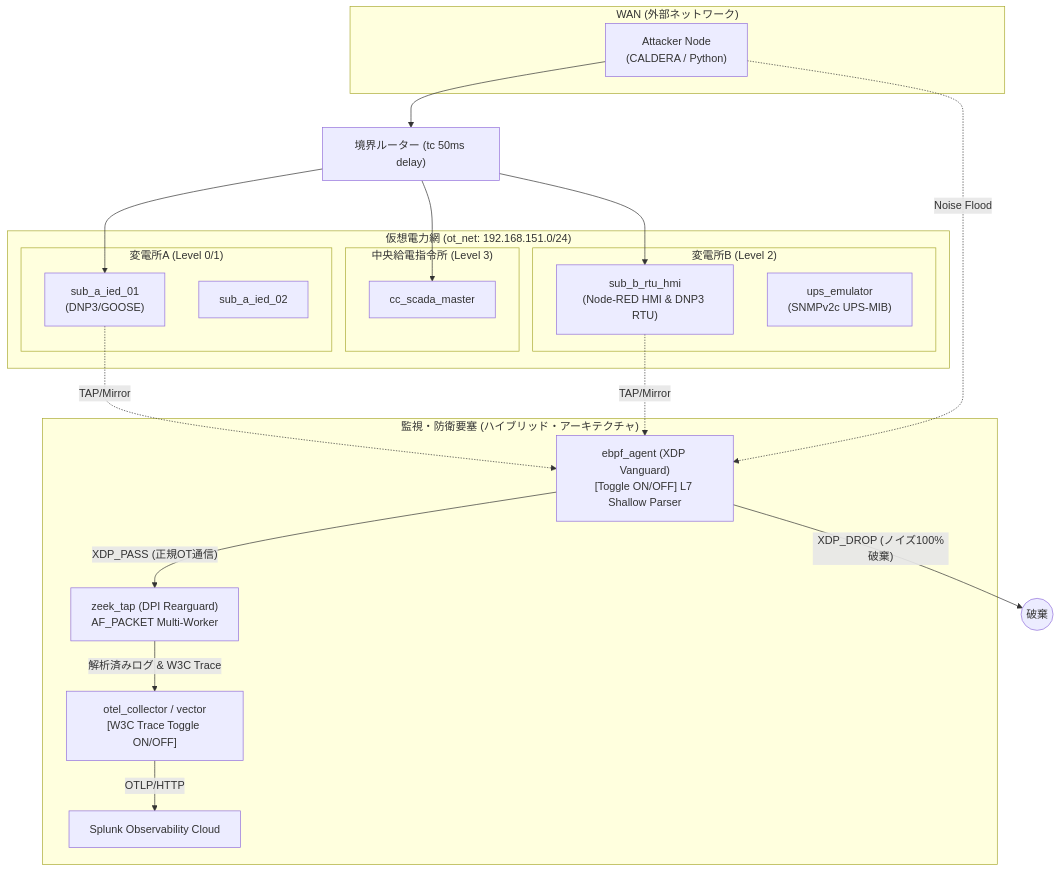
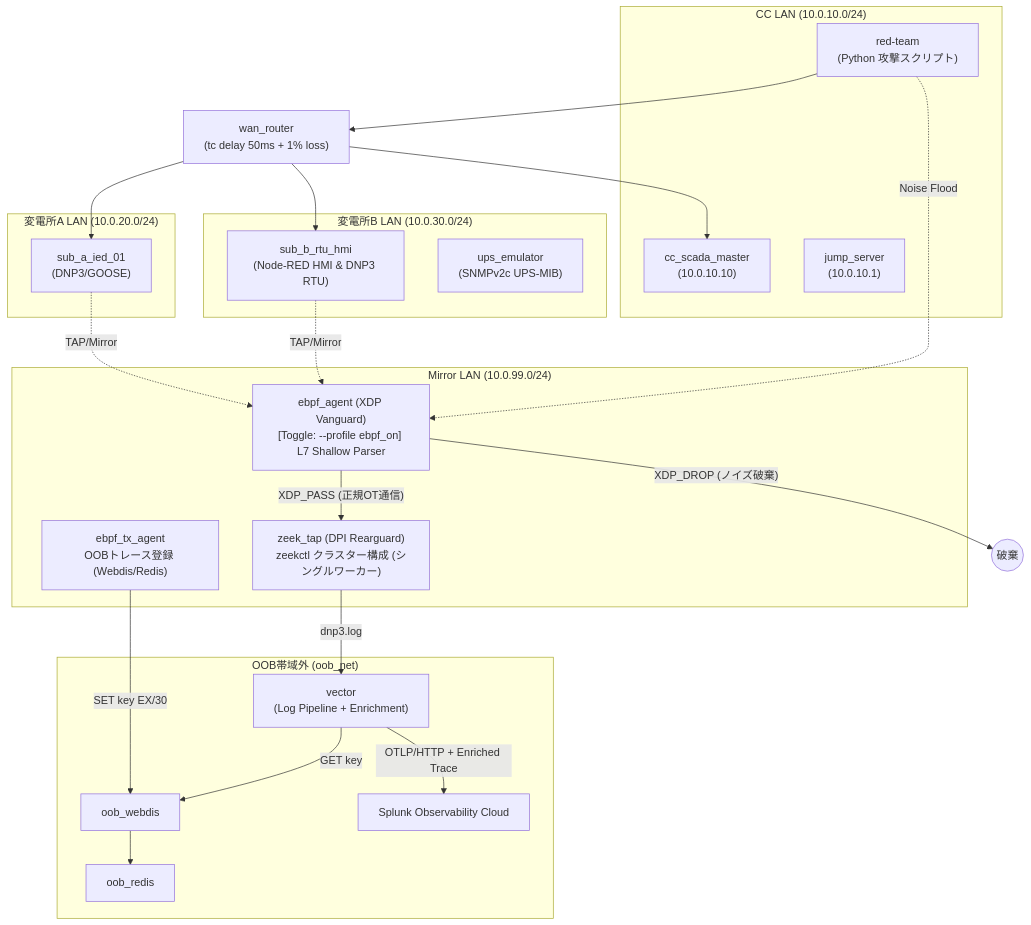
The diagram in README.md (schutzz/ot-ids-verum), drawn with Mermaid before and after one commit. The commit also changed other lines of this file, not shown here.

Commit message:
docs: README を現状実装に合わせて更新（アーキテクチャ図・AF_PACKET・OBBエンリッチメント・起動コマンド）

````diff
--- a/README.md
+++ b/README.md
@@ -33,45 +33,49 @@
 ```mermaid
 graph TD
-    subgraph "WAN (外部ネットワーク)"
-        Attacker["Attacker Node<br/>(CALDERA / Python)"]
+    subgraph "CC LAN (10.0.10.0/24)"
+        Attacker["red-team\n(Python 攻撃スクリプト)"]
+        SCADA["cc_scada_master\n(10.0.10.10)"]
+        JumpServer["jump_server\n(10.0.10.1)"]
     end
 
-    node["境界ルーター (tc 50ms delay)"]
-
-    subgraph "仮想電力網 (ot_net: 192.168.151.0/24)"
-        subgraph "中央給電指令所 (Level 3)"
-            SCADA["cc_scada_master"]
-        end
-
-        subgraph "変電所A (Level 0/1)"
-            IED1["sub_a_ied_01<br/>(DNP3/GOOSE)"]
-            IED2["sub_a_ied_02"]
-        end
-
-        subgraph "変電所B (Level 2)"
-            HMI["sub_b_rtu_hmi<br/>(Node-RED HMI & DNP3 RTU)"]
-            UPS["ups_emulator<br/>(SNMPv2c UPS-MIB)"]
-        end
+    subgraph "変電所A LAN (10.0.20.0/24)"
+        IED1["sub_a_ied_01\n(DNP3/GOOSE)"]
     end
 
-    subgraph "監視・防衛要塞 (ハイブリッド・アーキテクチャ)"
-        eBPF["ebpf_agent (XDP Vanguard)<br/>[Toggle ON/OFF] L7 Shallow Parser"]
-        Zeek["zeek_tap (DPI Rearguard)<br/>AF_PACKET Multi-Worker"]
-        OTel["otel_collector / vector<br/>[W3C Trace Toggle ON/OFF]"]
+    subgraph "変電所B LAN (10.0.30.0/24)"
+        HMI["sub_b_rtu_hmi\n(Node-RED HMI & DNP3 RTU)"]
+        UPS["ups_emulator\n(SNMPv2c UPS-MIB)"]
+    end
+
+    subgraph "Mirror LAN (10.0.99.0/24)"
+        eBPF["ebpf_agent (XDP Vanguard)\n[Toggle: --profile ebpf_on] L7 Shallow Parser"]
+        eBPFtx["ebpf_tx_agent\nOOBトレース登録 (Webdis/Redis)"]
+        Zeek["zeek_tap (DPI Rearguard)\nzeekctl クラスター構成 (シングルワーカー)"]
+    end
+
+    subgraph "OOB帯域外 (oob_net)"
+        Webdis["oob_webdis"]
+        Redis["oob_redis"]
+        Vector["vector\n(Log Pipeline + Enrichment)"]
         Splunk["Splunk Observability Cloud"]
     end
 
-    Attacker --> node
-    node --> SCADA
-    node --> IED1
-    node --> HMI
+    WanRouter["wan_router\n(tc delay 50ms + 1% loss)"]
+
+    Attacker --> WanRouter
+    WanRouter --> SCADA
+    WanRouter --> IED1
+    WanRouter --> HMI
 
     IED1 -. "TAP/Mirror" .-> eBPF
     HMI -. "TAP/Mirror" .-> eBPF
     Attacker -. "Noise Flood" .-> eBPF
 
-    eBPF -- "XDP_DROP (ノイズ100%破棄)" --> Drop(("破棄"))
+    eBPF -- "XDP_DROP (ノイズ破棄)" --> Drop(("破棄"))
     eBPF -- "XDP_PASS (正規OT通信)" --> Zeek
-    Zeek -- "解析済みログ & W3C Trace" --> OTel
-    OTel -- "OTLP/HTTP" --> Splunk
+    eBPFtx -- "SET key EX/30" --> Webdis
+    Webdis --> Redis
+    Zeek -- "dnp3.log" --> Vector
+    Vector -- "GET key" --> Webdis
+    Vector -- "OTLP/HTTP + Enriched Trace" --> Splunk
 ```
````
